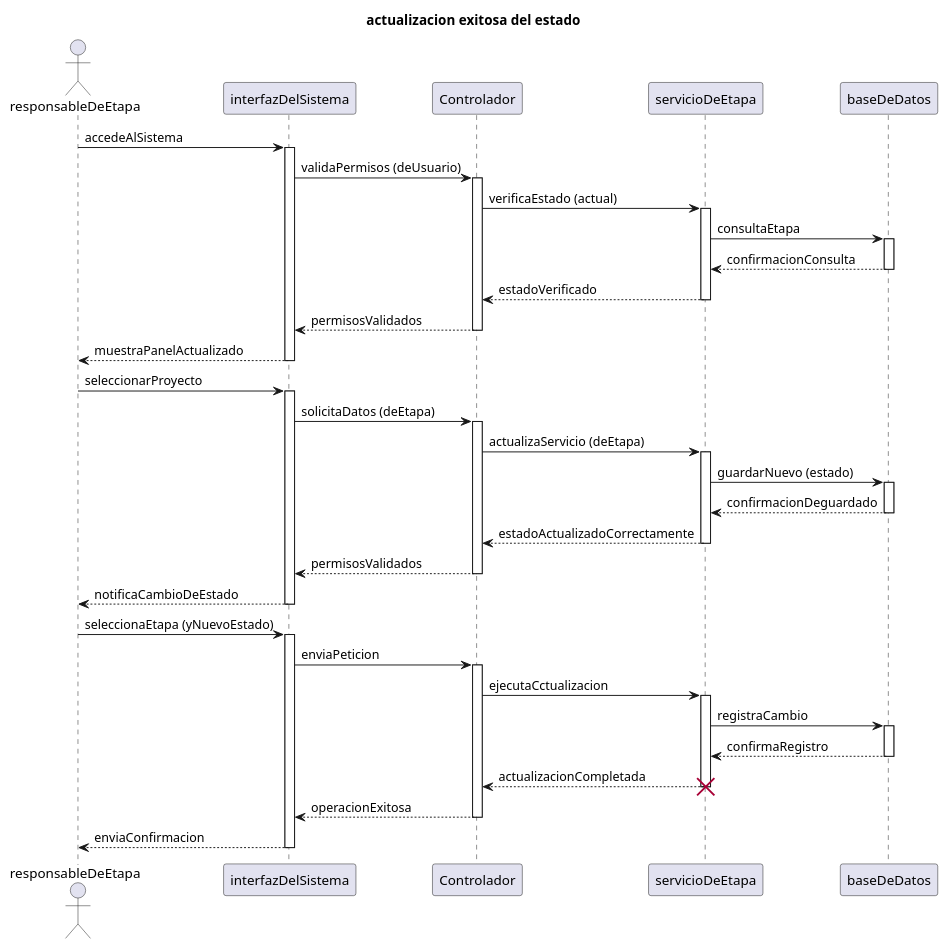
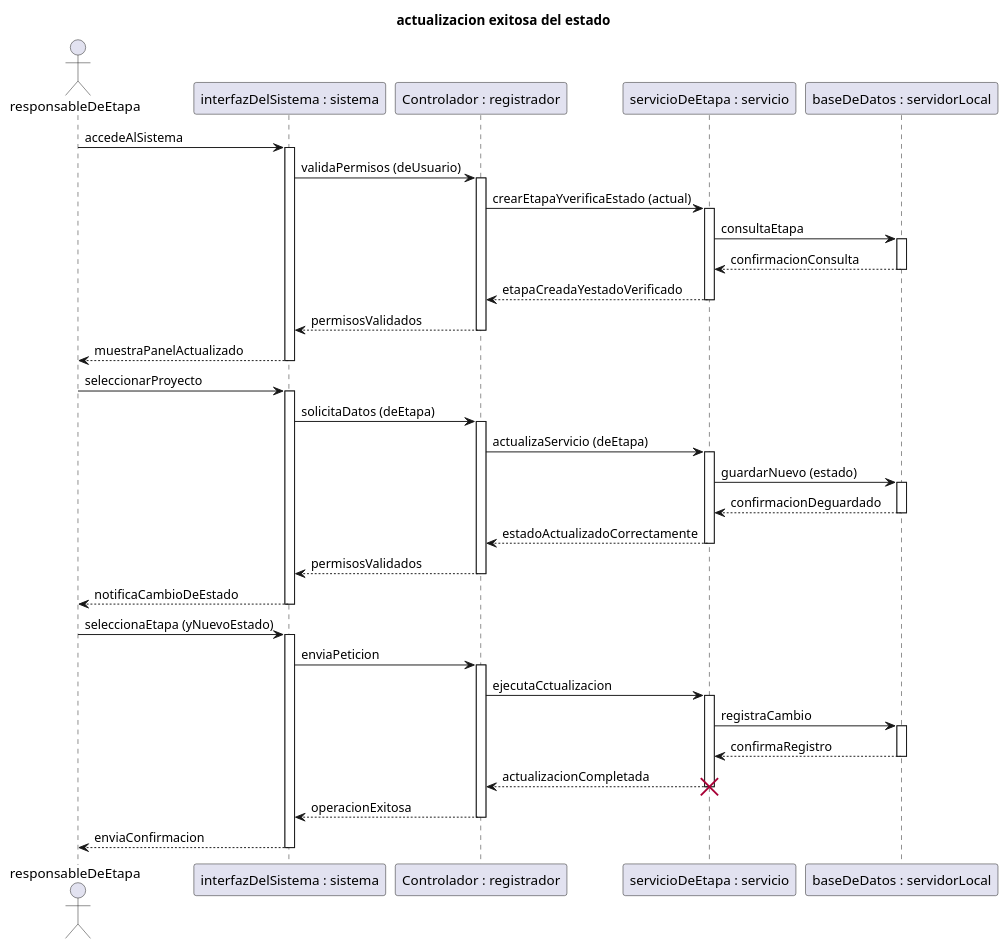
Before and after one commit to 9919-Mili/SistemaProductoraVideos: the diagram in diagramas/05-diagramas-secuencia/05-secuencia-actualizar-estado-de-la-etapa-actualizacion-exitosa-del-estado-de-la-etapa-02.puml, drawn with PlantUML. The commit also changed other lines of this file and 9 other files, not shown here.

```diff
--- a/diagramas/05-diagramas-secuencia/05-secuencia-actualizar-estado-de-la-etapa-actualizacion-exitosa-del-estado-de-la-etapa-02.puml
+++ b/diagramas/05-diagramas-secuencia/05-secuencia-actualizar-estado-de-la-etapa-actualizacion-exitosa-del-estado-de-la-etapa-02.puml
@@ -1,63 +1,63 @@
 @startuml 
 title actualizacion exitosa del estado
 
 actor responsableDeEtapa
-participant interfazDelSistema as interfazDelSistema
-participant Controlador as Controlador
-participant servicioDeEtapa
-participant baseDeDatos as baseDeDatos
+participant "interfazDelSistema : sistema" as interfazDelSistema
+participant "Controlador : registrador" as Controlador
+participant "servicioDeEtapa : servicio" as servicioDeEtapa
+participant "baseDeDatos : servidorLocal" as baseDeDatos
 
 
 responsableDeEtapa -> interfazDelSistema: accedeAlSistema
 activate interfazDelSistema 
 interfazDelSistema -> Controlador: validaPermisos (deUsuario)
 activate Controlador
-Controlador -> servicioDeEtapa: verificaEstado (actual)
+Controlador -> servicioDeEtapa: crearEtapaYverificaEstado (actual)
 activate servicioDeEtapa
 servicioDeEtapa -> baseDeDatos: consultaEtapa 
 activate baseDeDatos
 baseDeDatos --> servicioDeEtapa: confirmacionConsulta
 deactivate baseDeDatos
-servicioDeEtapa --> Controlador: estadoVerificado
+servicioDeEtapa --> Controlador: etapaCreadaYestadoVerificado
 deactivate servicioDeEtapa
 Controlador --> interfazDelSistema: permisosValidados
 deactivate Controlador
 interfazDelSistema --> responsableDeEtapa: muestraPanelActualizado
 deactivate interfazDelSistema
 
 responsableDeEtapa -> interfazDelSistema: seleccionarProyecto 
 activate interfazDelSistema
 interfazDelSistema -> Controlador: solicitaDatos (deEtapa)
 activate Controlador
 Controlador -> servicioDeEtapa: actualizaServicio (deEtapa) 
 activate servicioDeEtapa
 servicioDeEtapa -> baseDeDatos: guardarNuevo (estado) 
 activate baseDeDatos
 baseDeDatos --> servicioDeEtapa: confirmacionDeguardado
 deactivate baseDeDatos
 servicioDeEtapa --> Controlador: estadoActualizadoCorrectamente
 deactivate servicioDeEtapa
 Controlador --> interfazDelSistema: permisosValidados 
 deactivate Controlador
 interfazDelSistema --> responsableDeEtapa: notificaCambioDeEstado
 deactivate interfazDelSistema
 
 responsableDeEtapa -> interfazDelSistema: seleccionaEtapa (yNuevoEstado) 
 activate interfazDelSistema
 interfazDelSistema -> Controlador: enviaPeticion 
 activate Controlador
 Controlador -> servicioDeEtapa: ejecutaCctualizacion 
 activate servicioDeEtapa
 servicioDeEtapa -> baseDeDatos: registraCambio
 activate baseDeDatos
 baseDeDatos --> servicioDeEtapa: confirmaRegistro
 deactivate baseDeDatos
 servicioDeEtapa --> Controlador: actualizacionCompletada
 deactivate servicioDeEtapa 
 destroy servicioDeEtapa
 Controlador --> interfazDelSistema: operacionExitosa
 deactivate Controlador
 interfazDelSistema --> responsableDeEtapa: enviaConfirmacion 
 deactivate interfazDelSistema
 
 @endum
```
